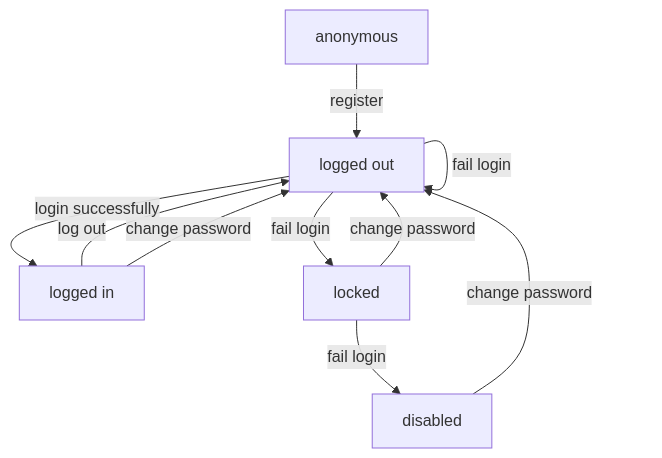
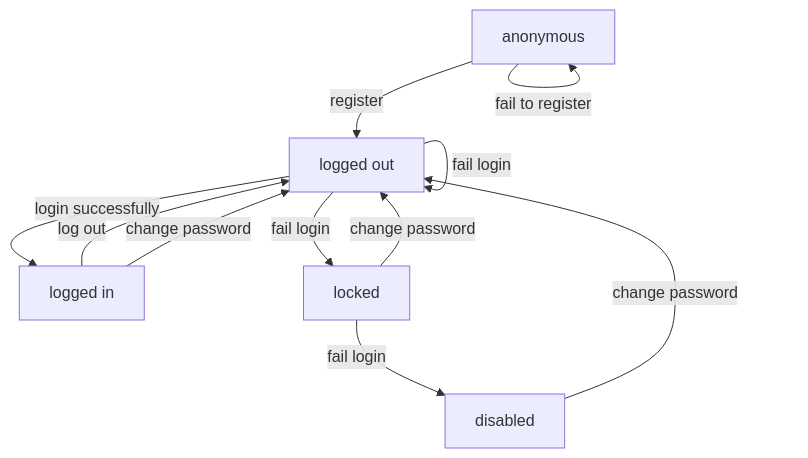
The third of 3 diagrams in README.md (pauldambra/state-machines-video), drawn with Mermaid before and after one commit. The commit also changed 2 other files, not shown here.

Commit message:
add registration to user pool

````diff
--- a/README.md
+++ b/README.md
@@ -39,12 +39,13 @@
 ```mermaid
 graph TD
     a[anonymous] --> |register| out[logged out]
+    a[anonymous] --> |fail to register| a[anonymous]
     out --> |login successfully| l[logged in]
     out --> |fail login|k[locked]
     out --> |fail login| out
     k --> |fail login| disabled
     disabled --> |change password| out
     k --> |change password| out
     l --> |log out| out
     l --> |change password| out
 ```
````
